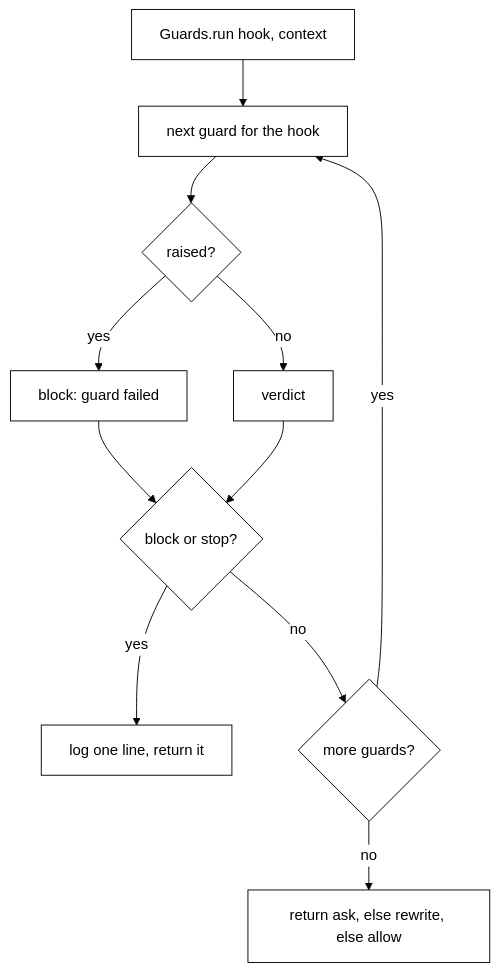
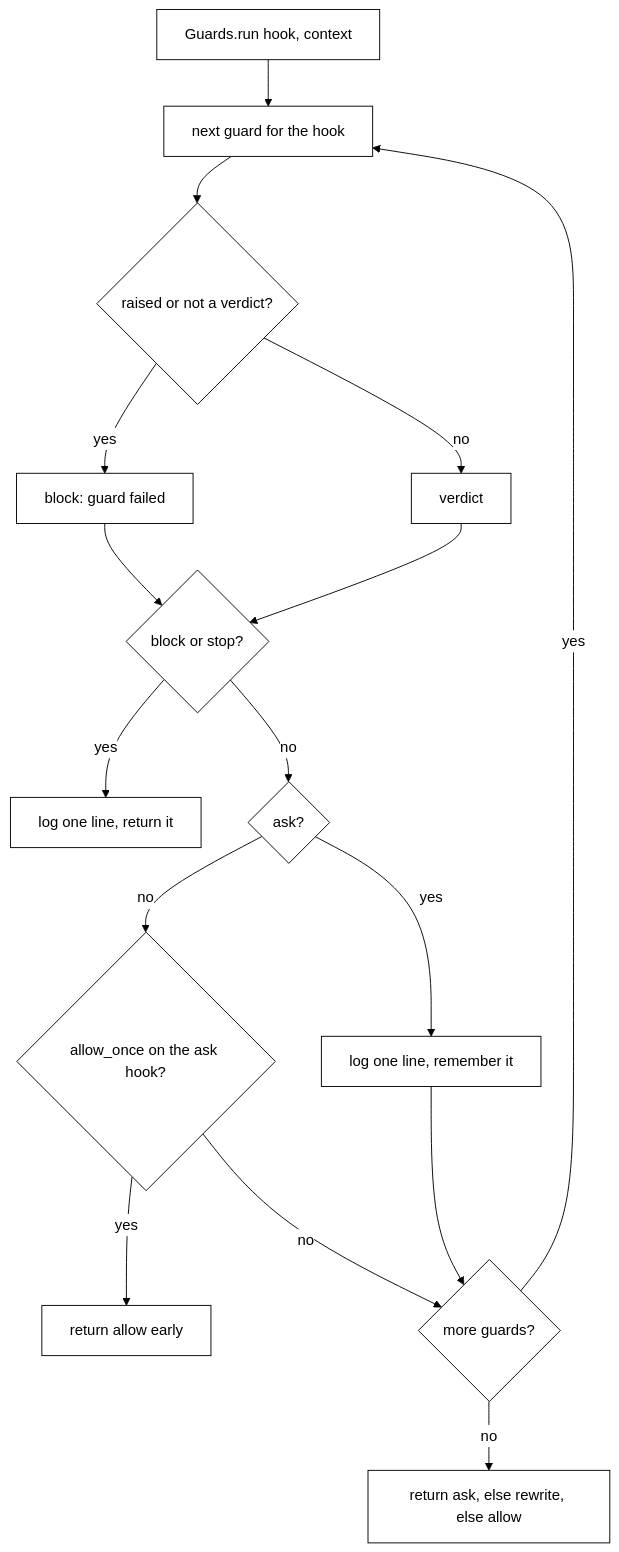
The fourth of 4 diagrams in docs/brain.md (nadeem4/tagalong), drawn with Mermaid before and after one commit. The commit also changed other lines of this file and 2 other files, not shown here.

````diff
--- a/docs/brain.md
+++ b/docs/brain.md
@@ -634,14 +635,19 @@
 ```mermaid
 %%{init: {'theme':'base','themeVariables':{'primaryColor':'#ffffff','primaryTextColor':'#000000','primaryBorderColor':'#000000','lineColor':'#000000'}}}%%
 flowchart TD
     A[Guards.run hook, context] --> B[next guard for the hook]
-    B --> C{raised?}
+    B --> C{raised or not a verdict?}
     C -->|yes| D[block: guard failed]
     C -->|no| E[verdict]
     D --> F{block or stop?}
     E --> F
     F -->|yes| G[log one line, return it]
-    F -->|no| H{more guards?}
+    F -->|no| J{ask?}
+    J -->|yes| K[log one line, remember it]
+    J -->|no| L{allow_once on the ask hook?}
+    L -->|yes| M[return allow early]
+    L -->|no| H
+    K --> H{more guards?}
     H -->|yes| B
     H -->|no| I[return ask, else rewrite, else allow]
 ```
````
